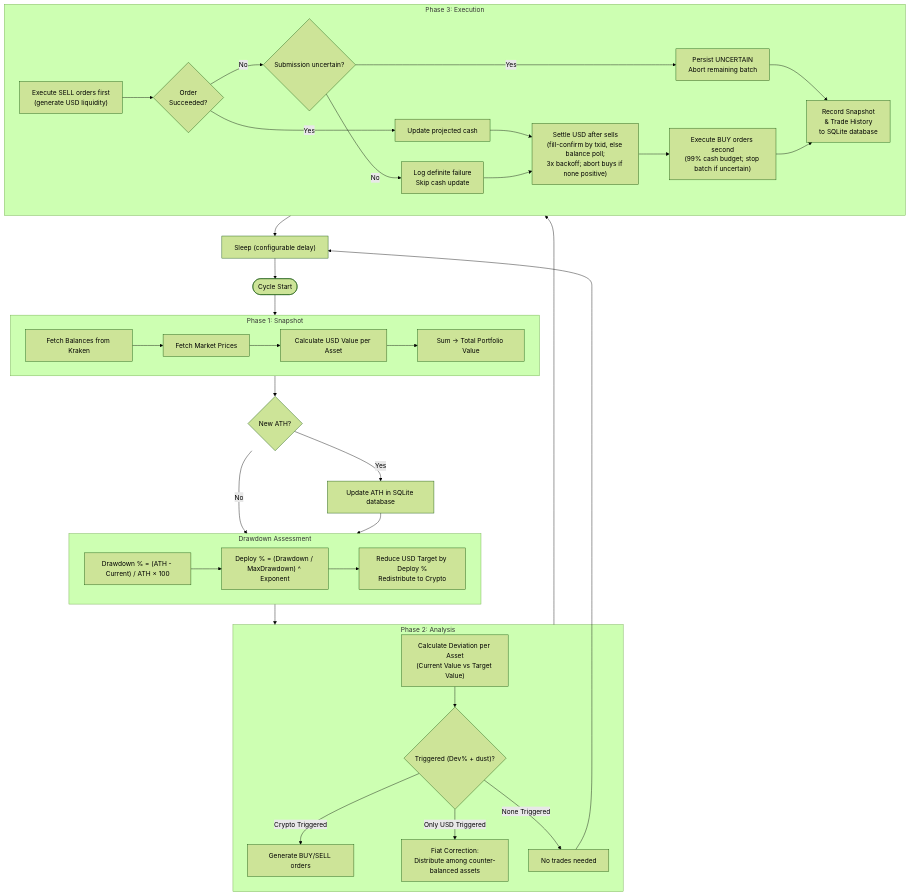
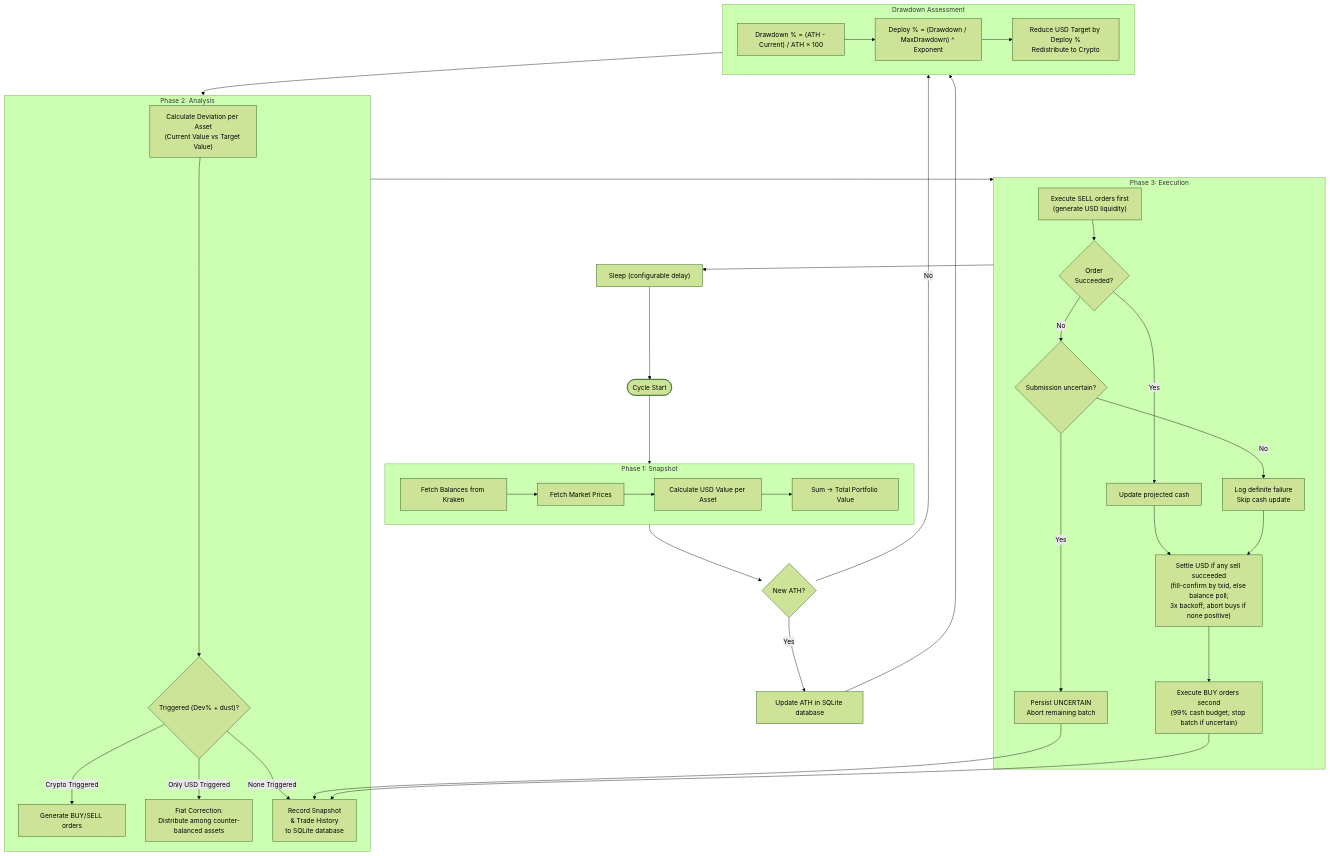
The diagram in docs/ALGORITHM.md (HyperVon/new-kraken-rebalancer), drawn with Mermaid (forest theme) before and after one commit. The commit also changed other lines of this file and 30 other files, not shown here.

````diff
--- a/docs/ALGORITHM.md
+++ b/docs/ALGORITHM.md
@@ -9,50 +9,49 @@
 ```mermaid
 flowchart TD
     START([Cycle Start]) --> SNAP
     
     subgraph SNAP["Phase 1: Snapshot"]
         S1[Fetch Balances from Kraken] --> S2[Fetch Market Prices]
         S2 --> S3["Calculate USD Value per Asset"]
         S3 --> S4["Sum → Total Portfolio Value"]
     end
 
     SNAP --> ATH{New ATH?}
     ATH -- Yes --> SAVE_ATH["Update ATH in SQLite database"]
     ATH -- No --> DD
     SAVE_ATH --> DD
 
     subgraph DD["Drawdown Assessment"]
         DD1["Drawdown % = (ATH - Current) / ATH × 100"]
         DD1 --> DD2["Deploy % = (Drawdown / MaxDrawdown) ^ Exponent"]
         DD2 --> DD3["Reduce USD Target by Deploy %\nRedistribute to Crypto"]
     end
 
     DD --> ANALYSIS
 
     subgraph ANALYSIS["Phase 2: Analysis"]
         A1["Calculate Deviation per Asset\n(Current Value vs Target Value)"]
         A1 --> A2{"Triggered (Dev% + dust)?"}
         A2 -- "Crypto Triggered" --> A3["Generate BUY/SELL orders"]
         A2 -- "Only USD Triggered" --> A4["Fiat Correction:\nDistribute among counter-balanced assets"]
-        A2 -- "None Triggered" --> SKIP[No trades needed]
+        A2 -- "None Triggered" --> E4
     end
 
     ANALYSIS --> EXEC
 
     subgraph EXEC["Phase 3: Execution"]
         E1["Execute SELL orders first\n(generate USD liquidity)"] --> E1R{"Order\nSucceeded?"}
         E1R -- Yes --> E1C["Update projected cash"]
         E1R -- No --> E1U{"Submission uncertain?"}
         E1U -- Yes --> E1A["Persist UNCERTAIN\nAbort remaining batch"]
         E1U -- No --> E1F["Log definite failure\nSkip cash update"]
         E1C --> E2
         E1F --> E2
         E1A --> E4
-        E2["Settle USD after sells\n(fill-confirm by txid, else balance poll;\n3x backoff; abort buys if none positive)"] --> E3["Execute BUY orders second\n(99% cash budget; stop batch if uncertain)"]
+        E2["Settle USD if any sell succeeded\n(fill-confirm by txid, else balance poll;\n3x backoff; abort buys if none positive)"] --> E3["Execute BUY orders second\n(99% cash budget; stop batch if uncertain)"]
         E3 --> E4["Record Snapshot\n& Trade History\nto SQLite database"]
     end
 
     EXEC --> SLEEP["Sleep (configurable delay)"]
-    SKIP --> SLEEP
     SLEEP --> START
 ```
````
